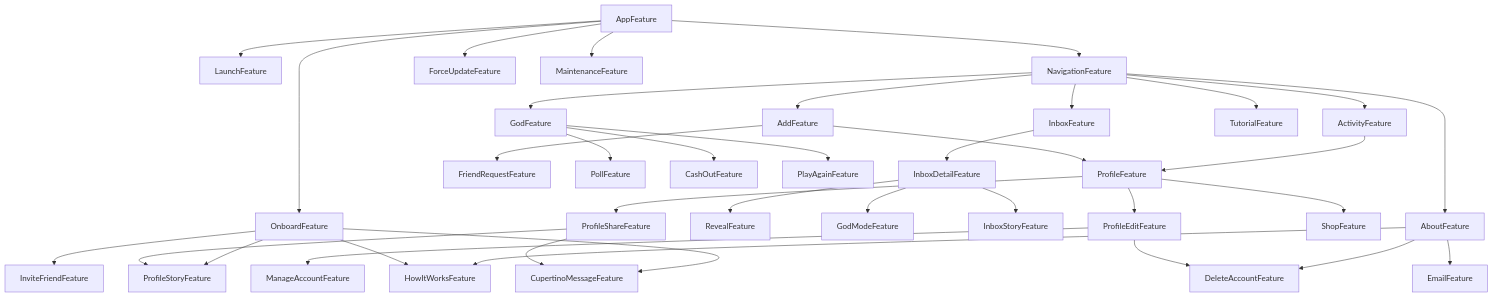
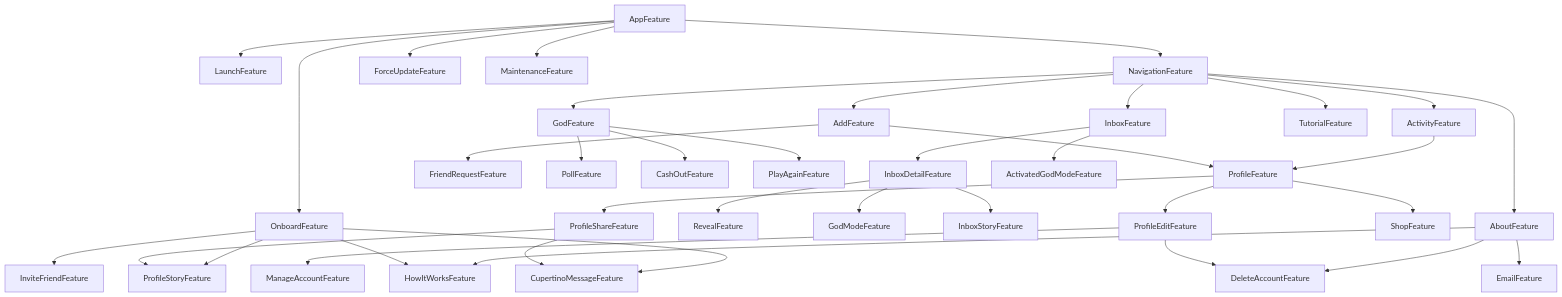
Before and after one commit to 0x1-company/god-ios: the diagram in Packages/GodPackage/README.md, drawn with Mermaid. The commit also changed 1 other file, not shown here.

Commit message:
chore: 🤖 dgraph

````diff
--- a/Packages/GodPackage/README.md
+++ b/Packages/GodPackage/README.md
@@ -6,38 +6,39 @@
 ```mermaid
 graph TD;
     AboutFeature-->EmailFeature;
     AboutFeature-->HowItWorksFeature;
     AboutFeature-->DeleteAccountFeature;
     ActivityFeature-->ProfileFeature;
     AddFeature-->ProfileFeature;
     AddFeature-->FriendRequestFeature;
     AppFeature-->LaunchFeature;
     AppFeature-->OnboardFeature;
     AppFeature-->NavigationFeature;
     AppFeature-->ForceUpdateFeature;
     AppFeature-->MaintenanceFeature;
     GodFeature-->PollFeature;
     GodFeature-->CashOutFeature;
     GodFeature-->PlayAgainFeature;
     InboxDetailFeature-->RevealFeature;
     InboxDetailFeature-->GodModeFeature;
     InboxDetailFeature-->InboxStoryFeature;
     InboxFeature-->InboxDetailFeature;
+    InboxFeature-->ActivatedGodModeFeature;
     NavigationFeature-->AddFeature;
     NavigationFeature-->GodFeature;
     NavigationFeature-->InboxFeature;
     NavigationFeature-->AboutFeature;
     NavigationFeature-->ActivityFeature;
     NavigationFeature-->TutorialFeature;
     OnboardFeature-->HowItWorksFeature;
     OnboardFeature-->ProfileStoryFeature;
     OnboardFeature-->InviteFriendFeature;
     OnboardFeature-->CupertinoMessageFeature;
     ProfileEditFeature-->ManageAccountFeature;
     ProfileEditFeature-->DeleteAccountFeature;
     ProfileFeature-->ShopFeature;
     ProfileFeature-->ProfileEditFeature;
     ProfileFeature-->ProfileShareFeature;
     ProfileShareFeature-->ProfileStoryFeature;
     ProfileShareFeature-->CupertinoMessageFeature;
 ```
````
